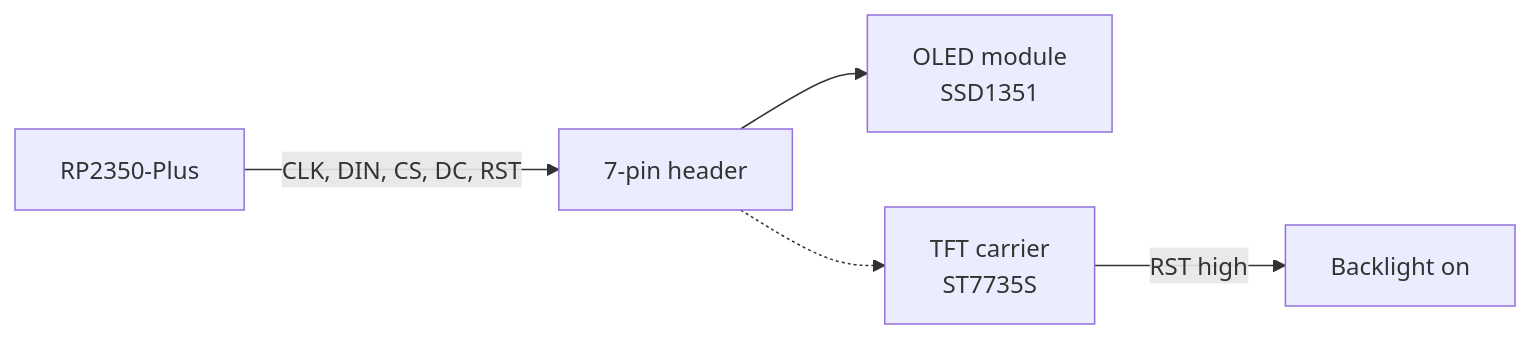
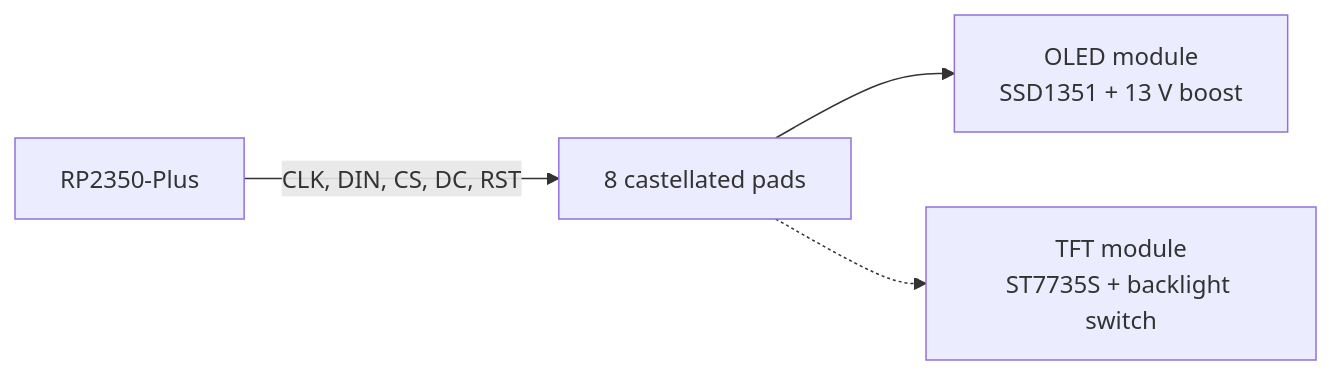
Before and after one commit to chili-chip/vgc-zero-hardware: the diagram in docs/modules/display.md, drawn with Mermaid. The commit also changed other lines of this file, not shown here.

Commit message:
Docs: castellated OLED and TFT display modules in a main board cut-out (#41)

````diff
--- a/docs/modules/display.md
+++ b/docs/modules/display.md
@@ -67,7 +100,6 @@
 ```mermaid
 flowchart LR
-    MCU[RP2350-Plus] -- "CLK, DIN, CS, DC, RST" --> H[7-pin header]
-    H --> O[OLED module<br/>SSD1351]
-    H -.-> C[TFT carrier<br/>ST7735S]
-    C -- "RST high" --> BL[Backlight on]
+    MCU[RP2350-Plus] -- "CLK, DIN, CS, DC, RST" --> P[8 castellated pads]
+    P --> O[OLED module<br/>SSD1351 + 13 V boost]
+    P -.-> T[TFT module<br/>ST7735S + backlight switch]
 ```
````
